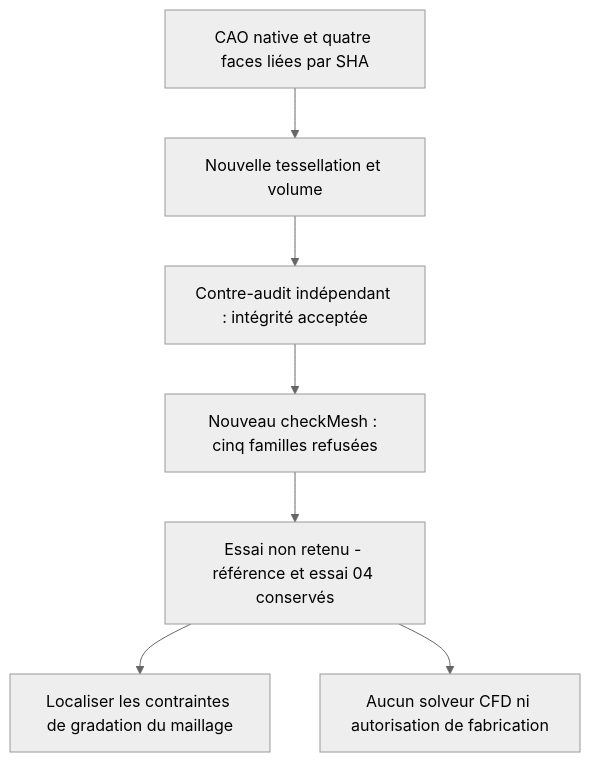
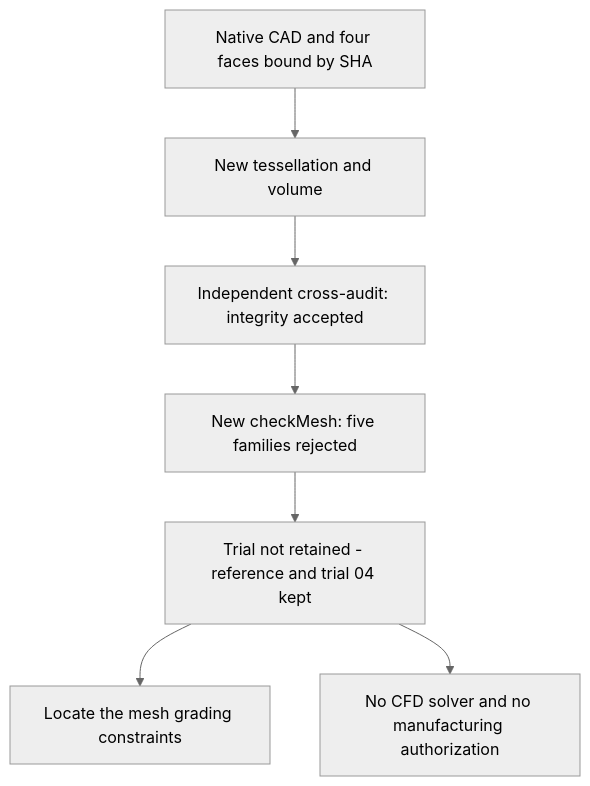
The diagram in docs/reports/M64_SURFACE_MESHADAPT_20260908.md (cluster2600/porscheparts), drawn with Mermaid (neutral theme) before and after one commit. The commit also changed other lines of this file and 228 other files, not shown here.

````diff
--- a/docs/reports/M64_SURFACE_MESHADAPT_20260908.md
+++ b/docs/reports/M64_SURFACE_MESHADAPT_20260908.md
@@ -86,9 +86,9 @@
 ```mermaid
 flowchart TD
-    A[CAO native et quatre faces liées par SHA] --> B[Nouvelle tessellation et volume]
-    B --> C[Contre-audit indépendant : intégrité acceptée]
-    C --> D[Nouveau checkMesh : cinq familles refusées]
-    D --> E[Essai non retenu - référence et essai 04 conservés]
-    E --> F[Localiser les contraintes de gradation du maillage]
-    E --> G[Aucun solveur CFD ni autorisation de fabrication]
+    A[Native CAD and four faces bound by SHA] --> B[New tessellation and volume]
+    B --> C[Independent cross-audit: integrity accepted]
+    C --> D[New checkMesh: five families rejected]
+    D --> E[Trial not retained - reference and trial 04 kept]
+    E --> F[Locate the mesh grading constraints]
+    E --> G[No CFD solver and no manufacturing authorization]
 ```
````
